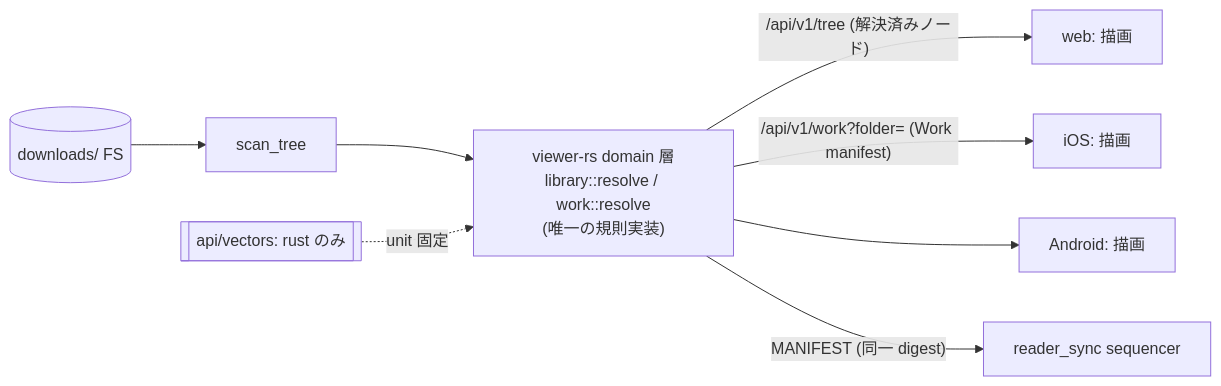
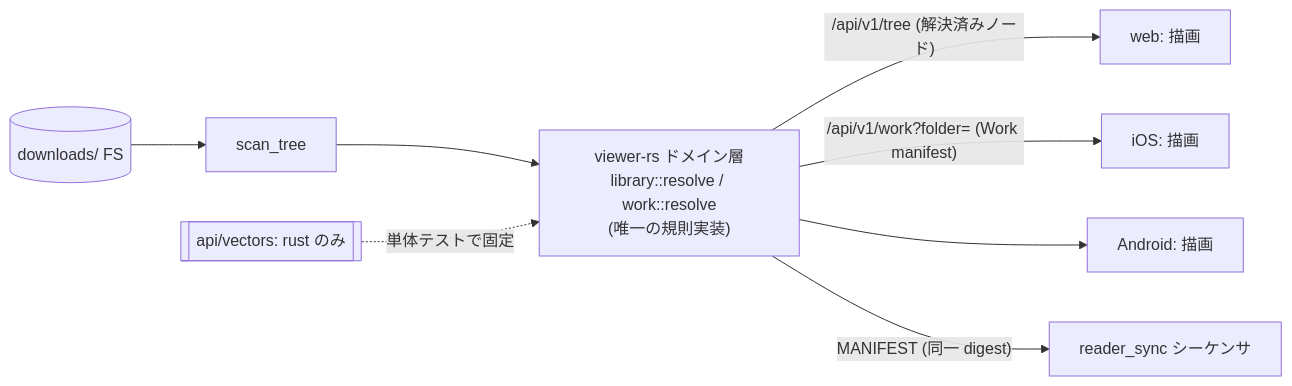
One commit to kentoku24/bookq changed the second of 2 diagrams in docs/architecture/server-resolved-work-model.md. Above: the diagram before and after it, drawn with Mermaid. The commit also changed other lines of this file and 1 other file, not shown here.

````diff
--- a/docs/architecture/server-resolved-work-model.md
+++ b/docs/architecture/server-resolved-work-model.md
@@ -121,10 +121,10 @@
 ```mermaid
 flowchart LR
   FS[(downloads/ FS)] --> SC[scan_tree]
-  SC --> D["viewer-rs domain 層<br/>library::resolve / work::resolve<br/>(唯一の規則実装)"]
+  SC --> D["viewer-rs ドメイン層<br/>library::resolve / work::resolve<br/>(唯一の規則実装)"]
   D -->|"/api/v1/tree (解決済みノード)"| C1[web: 描画]
   D -->|"/api/v1/work?folder= (Work manifest)"| C2[iOS: 描画]
   D --> C3[Android: 描画]
-  D -->|"MANIFEST (同一 digest)"| RS[reader_sync sequencer]
-  V[[api/vectors: rust のみ]] -.unit 固定.-> D
+  D -->|"MANIFEST (同一 digest)"| RS[reader_sync シーケンサ]
+  V[[api/vectors: rust のみ]] -.単体テストで固定.-> D
 ```
````
